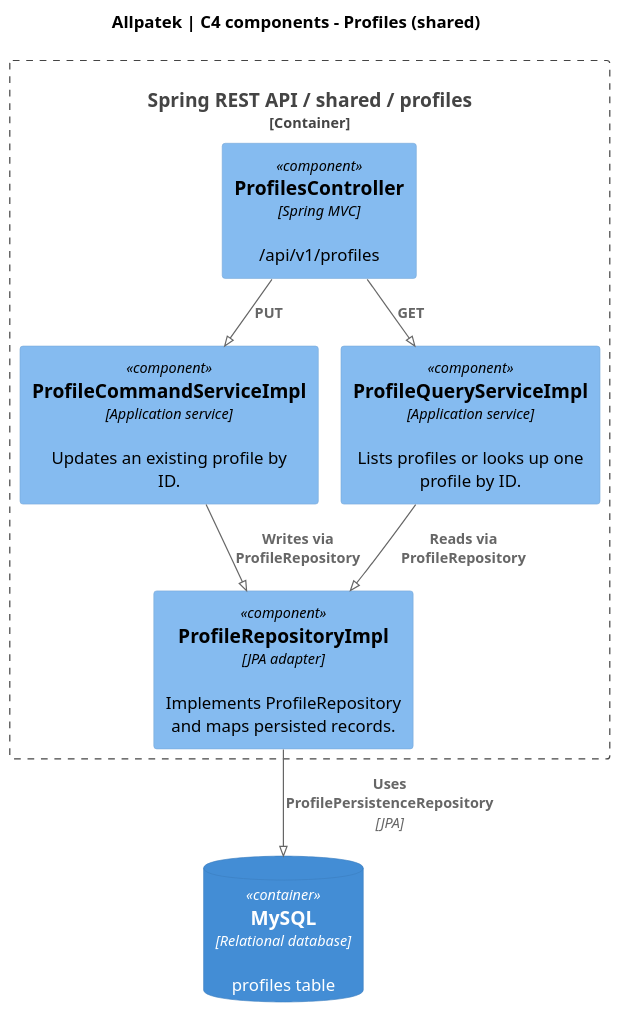
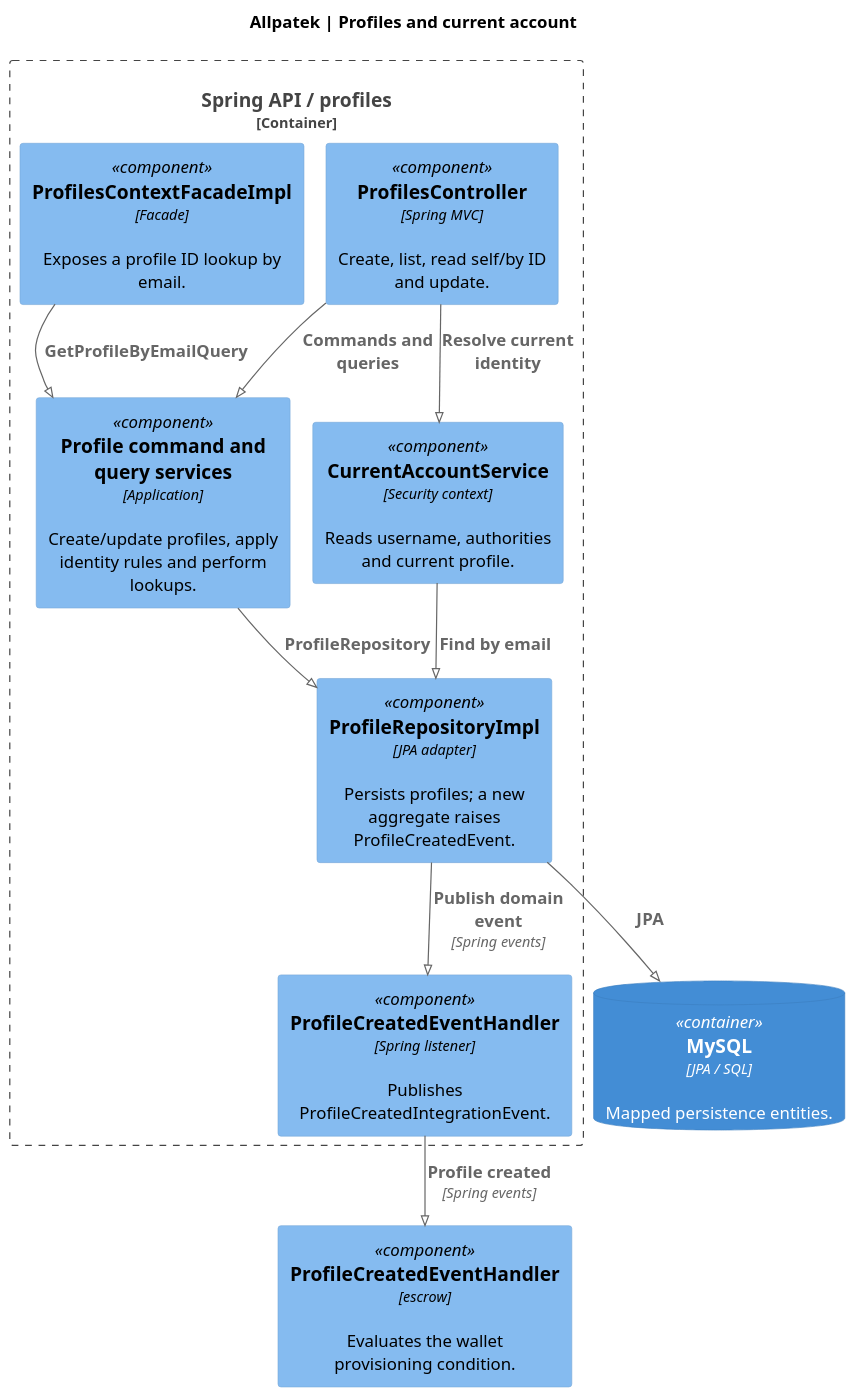
Before and after one commit to upc-pre-202620-1asi0729-7753-Terranova/allpatek-report: the diagram in assets/chapter-04/architecture/c4-shared-profiles.puml, drawn with PlantUML. The commit also changed 3 other files, not shown here.

Commit message:
docs(c4): separate profile management from shared infrastructure

```diff
--- a/assets/chapter-04/architecture/c4-shared-profiles.puml
+++ b/assets/chapter-04/architecture/c4-shared-profiles.puml
@@ -1,24 +1,29 @@
 @startuml
 !pragma layout smetana
 !include <C4/C4_Component>
 skinparam backgroundColor white
 skinparam defaultFontName SansSerif
+skinparam defaultFontSize 14
 skinparam shadowing false
 skinparam dpi 120
 LAYOUT_TOP_DOWN()
-
-title Allpatek | C4 components - Profiles (shared)
-Container_Boundary(api, "Spring REST API / shared / profiles") {
-  Component(rest, "ProfilesController", "Spring MVC", "/api/v1/profiles")
-  Component(cmd, "ProfileCommandServiceImpl", "Application service", "Updates an existing profile by ID.")
-  Component(query, "ProfileQueryServiceImpl", "Application service", "Lists profiles or looks up one profile by ID.")
-  Component(repo, "ProfileRepositoryImpl", "JPA adapter", "Implements ProfileRepository and maps persisted records.")
+title Allpatek | Profiles and current account
+Container_Boundary(bound, "Spring API / profiles") {
+  Component(rest, "ProfilesController", "Spring MVC", "Create, list, read self/by ID and update.")
+  Component(acct, "CurrentAccountService", "Security context", "Reads username, authorities and current profile.")
+  Component(fac, "ProfilesContextFacadeImpl", "Facade", "Exposes a profile ID lookup by email.")
+  Component(srv, "Profile command and query services", "Application", "Create/update profiles, apply identity rules and perform lookups.")
+  Component(rep, "ProfileRepositoryImpl", "JPA adapter", "Persists profiles; a new aggregate raises ProfileCreatedEvent.")
+  Component(evt, "ProfileCreatedEventHandler", "Spring listener", "Publishes ProfileCreatedIntegrationEvent.")
 }
-
-ContainerDb(db, "MySQL", "Relational database", "profiles table")
-Rel(rest, cmd, "PUT")
-Rel(rest, query, "GET")
-Rel(cmd, repo, "Writes via ProfileRepository")
-Rel(query, repo, "Reads via ProfileRepository")
-Rel(repo, db, "Uses ProfilePersistenceRepository", "JPA")
+ContainerDb(db, "MySQL", "JPA / SQL", "Mapped persistence entities.")
+Component(esc, "ProfileCreatedEventHandler", "escrow", "Evaluates the wallet provisioning condition.")
+Rel(rest, acct, "Resolve current identity")
+Rel(rest, srv, "Commands and queries")
+Rel(fac, srv, "GetProfileByEmailQuery")
+Rel(srv, rep, "ProfileRepository")
+Rel(acct, rep, "Find by email")
+Rel(rep, db, "JPA")
+Rel(rep, evt, "Publish domain event", "Spring events")
+Rel(evt, esc, "Profile created", "Spring events")
 @enduml
```
